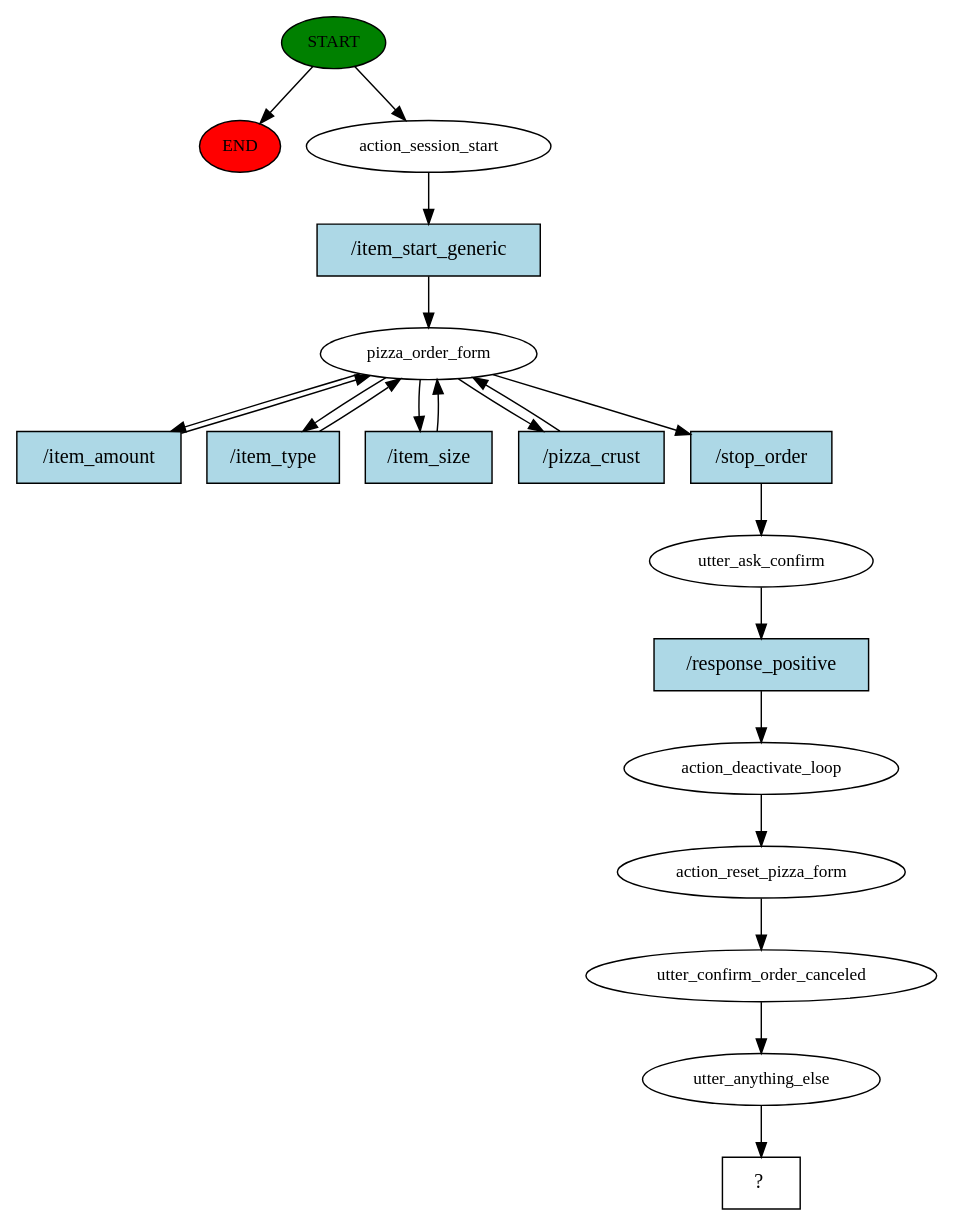
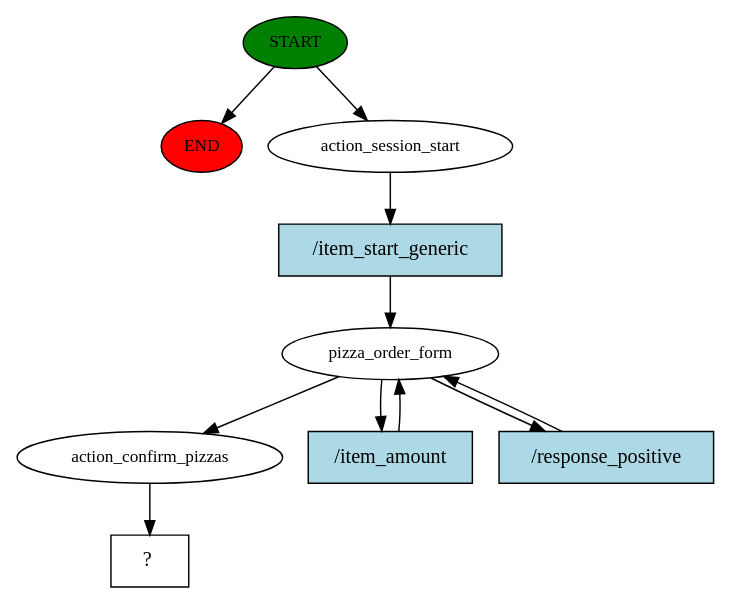
One commit to ericsua/PizzaBot changed the diagram in story_graph.dot. Above: the diagram before and after it, drawn with Graphviz. The commit also changed 9 other files, not shown here.

Commit message:
Fix stories unhappy (removed some pizza_order_form actions and some intents (of form slots) and some slot set after ask pizza meat about pizza type, check comments on story "three ask + stop at size". Added NLU data, removed questions, added goodbye and bot challenge, some test stories WIP

```diff
--- a/story_graph.dot
+++ b/story_graph.dot
@@ -1,39 +1,21 @@
 digraph  {
 0 [class="start active", fillcolor=green, fontsize=12, label=START, style=filled];
 "-1" [class=end, fillcolor=red, fontsize=12, label=END, style=filled];
 1 [class=active, fontsize=12, label=action_session_start];
 2 [class=active, fontsize=12, label=pizza_order_form];
-7 [class=active, fontsize=12, label=utter_ask_confirm];
-8 [class=active, fontsize=12, label=action_deactivate_loop];
-9 [class=active, fontsize=12, label=action_reset_pizza_form];
-10 [class=active, fontsize=12, label=utter_confirm_order_canceled];
-11 [class=active, fontsize=12, label=utter_anything_else];
-12 [class="intent dashed active", label="  ?  ", shape=rect];
-13 [class="intent active", fillcolor=lightblue, label="/item_start_generic", shape=rect, style=filled];
-14 [class="intent active", fillcolor=lightblue, label="/item_amount", shape=rect, style=filled];
-15 [class="intent active", fillcolor=lightblue, label="/item_type", shape=rect, style=filled];
-16 [class="intent active", fillcolor=lightblue, label="/item_size", shape=rect, style=filled];
-17 [class="intent active", fillcolor=lightblue, label="/pizza_crust", shape=rect, style=filled];
-18 [class="intent active", fillcolor=lightblue, label="/stop_order", shape=rect, style=filled];
-19 [class="intent active", fillcolor=lightblue, label="/response_positive", shape=rect, style=filled];
+5 [class=active, fontsize=12, label=action_confirm_pizzas];
+6 [class="intent dashed active", label="  ?  ", shape=rect];
+7 [class="intent active", fillcolor=lightblue, label="/item_start_generic", shape=rect, style=filled];
+8 [class="intent active", fillcolor=lightblue, label="/item_amount", shape=rect, style=filled];
+9 [class="intent active", fillcolor=lightblue, label="/response_positive", shape=rect, style=filled];
 0 -> "-1"  [class="", key=NONE, label=""];
 0 -> 1  [class=active, key=NONE, label=""];
-1 -> 13  [class=active, key=0];
-2 -> 14  [class=active, key=0];
-2 -> 15  [class=active, key=0];
-2 -> 16  [class=active, key=0];
-2 -> 17  [class=active, key=0];
-2 -> 18  [class=active, key=0];
-7 -> 19  [class=active, key=0];
-8 -> 9  [class=active, key=NONE, label=""];
-9 -> 10  [class=active, key=NONE, label=""];
-10 -> 11  [class=active, key=NONE, label=""];
-11 -> 12  [class=active, key=NONE, label=""];
-13 -> 2  [class=active, key=0];
-14 -> 2  [class=active, key=0];
-15 -> 2  [class=active, key=0];
-16 -> 2  [class=active, key=0];
-17 -> 2  [class=active, key=0];
-18 -> 7  [class=active, key=0];
-19 -> 8  [class=active, key=0];
+1 -> 7  [class=active, key=0];
+2 -> 5  [class=active, key=NONE, label=""];
+2 -> 8  [class=active, key=0];
+2 -> 9  [class=active, key=0];
+5 -> 6  [class=active, key=NONE, label=""];
+7 -> 2  [class=active, key=0];
+8 -> 2  [class=active, key=0];
+9 -> 2  [class=active, key=0];
 }
```
